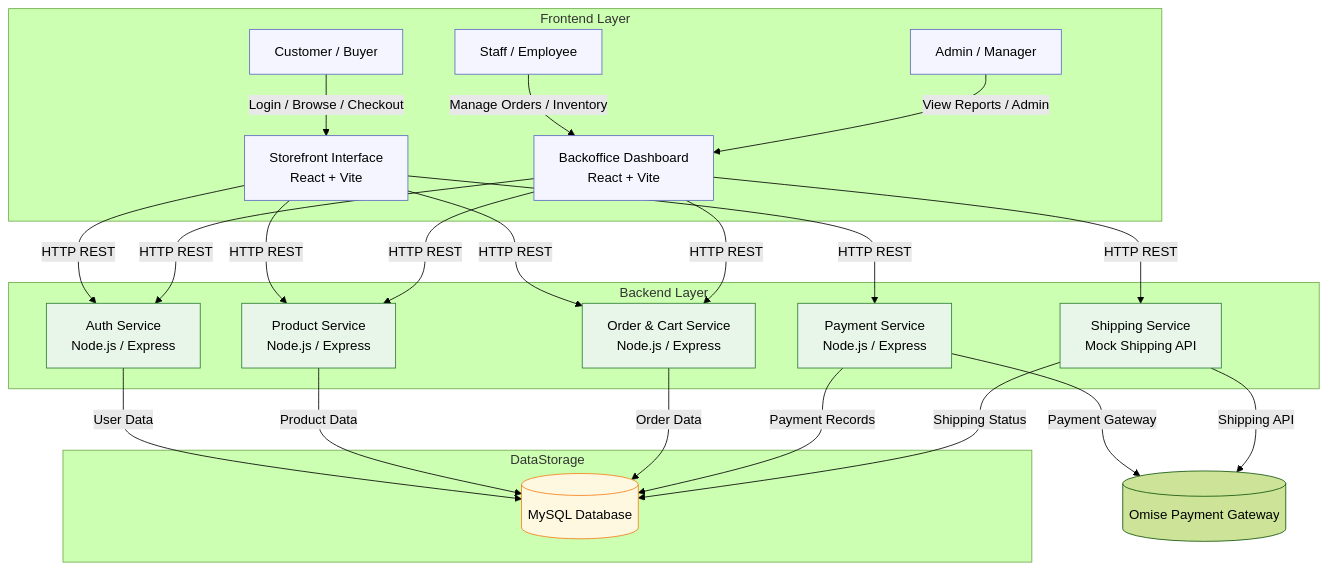
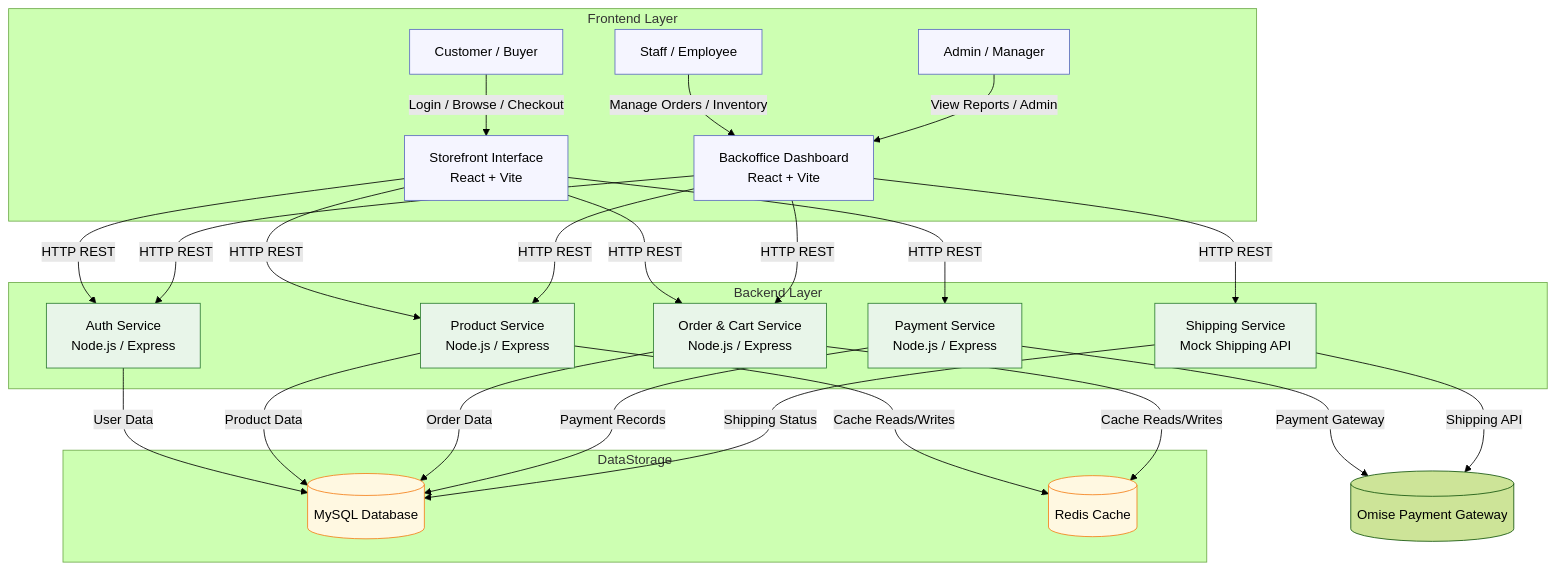
The diagram in README.md (iKla47/UniversityCSI204), drawn with Mermaid (forest theme) before and after one commit. The commit also changed other lines of this file, not shown here.

````diff
--- a/README.md
+++ b/README.md
@@ -172,53 +221,57 @@
 ```mermaid
 flowchart TD
     subgraph Frontend Layer
         A1[Customer / Buyer]
         A2[Staff / Employee]
         A3[Admin / Manager]
         Web1[Storefront Interface<br/>React + Vite]
         Web2[Backoffice Dashboard<br/>React + Vite]
     end
 
     subgraph Backend Layer
         B1[Auth Service<br/>Node.js / Express]
         B2[Product Service<br/>Node.js / Express]
         B3[Order & Cart Service<br/>Node.js / Express]
         B4[Payment Service<br/>Node.js / Express]
         B5[Shipping Service<br/>Mock Shipping API]
     end
 
     subgraph DataStorage
         DB[(MySQL Database)]
+        Cache[(Redis Cache)]
     end
 
     A1 -->|Login / Browse / Checkout| Web1
     A2 -->|Manage Orders / Inventory| Web2
     A3 -->|View Reports / Admin| Web2
 
     Web1 -->|HTTP REST| B1
     Web1 -->|HTTP REST| B2
     Web1 -->|HTTP REST| B3
     Web1 -->|HTTP REST| B4
 
     Web2 -->|HTTP REST| B1
     Web2 -->|HTTP REST| B2
     Web2 -->|HTTP REST| B3
     Web2 -->|HTTP REST| B5
 
     B1 -->|User Data| DB
     B2 -->|Product Data| DB
     B3 -->|Order Data| DB
     B4 -->|Payment Records| DB
     B5 -->|Shipping Status| DB
 
+    B2 -->|Cache Reads/Writes| Cache
+    B3 -->|Cache Reads/Writes| Cache
+
     B4 -->|Payment Gateway| Omise[(Omise Payment Gateway)]
     B5 -->|Shipping API| Omise
 
     classDef frontend fill:#f5f5ff,stroke:#5c6bc0,stroke-width:1px;
     classDef backend fill:#e8f5e9,stroke:#2e7d32,stroke-width:1px;
     classDef data fill:#fff8e1,stroke:#f57f17,stroke-width:1px;
 
     class A1,A2,A3,Web1,Web2 frontend;
     class B1,B2,B3,B4,B5 backend;
     class DB,Cache data;
 ```
````
